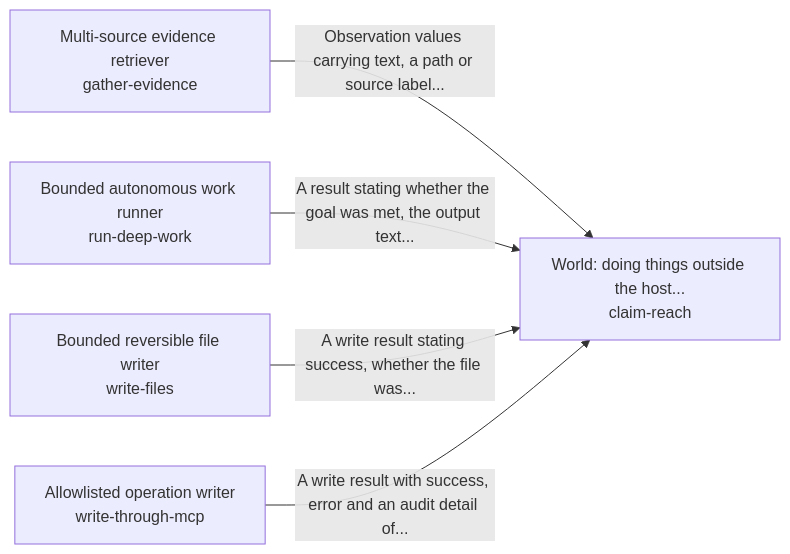
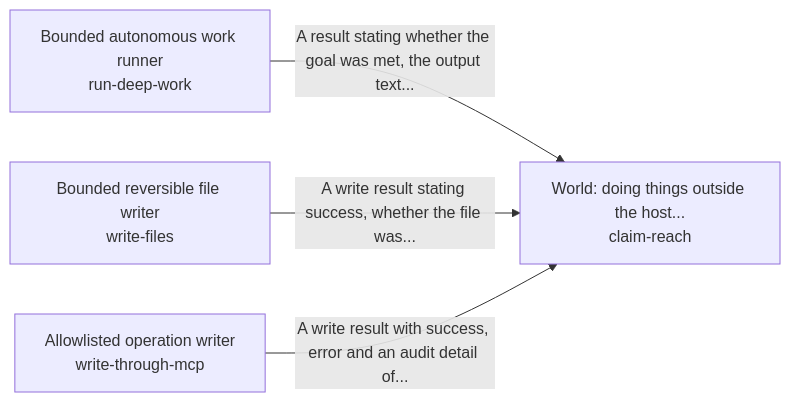
One commit to SpiritualData/quest-ai-runner changed the diagram in quest_ai_runner/act_as_the_body/README.md. Above: the diagram before and after it, drawn with Mermaid. The commit also changed other lines of this file and 22 other files, not shown here.

````diff
--- a/quest_ai_runner/act_as_the_body/README.md
+++ b/quest_ai_runner/act_as_the_body/README.md
@@ -17,12 +17,10 @@
 ```mermaid
 flowchart LR
-    s0["Multi-source evidence retriever<br/>gather-evidence"]
-    s1["Bounded autonomous work runner<br/>run-deep-work"]
-    s2["Bounded reversible file writer<br/>write-files"]
-    s3["Allowlisted operation writer<br/>write-through-mcp"]
-    s4["World: doing things outside the host...<br/>claim-reach"]
-    s0 -->|"Observation values carrying text, a path or source label..."| s4
-    s1 -->|"A result stating whether the goal was met, the output text..."| s4
-    s2 -->|"A write result stating success, whether the file was..."| s4
-    s3 -->|"A write result with success, error and an audit detail of..."| s4
+    s0["Bounded autonomous work runner<br/>run-deep-work"]
+    s1["Bounded reversible file writer<br/>write-files"]
+    s2["Allowlisted operation writer<br/>write-through-mcp"]
+    s3["World: doing things outside the host...<br/>claim-reach"]
+    s0 -->|"A result stating whether the goal was met, the output text..."| s3
+    s1 -->|"A write result stating success, whether the file was..."| s3
+    s2 -->|"A write result with success, error and an audit detail of..."| s3
 ```
````
